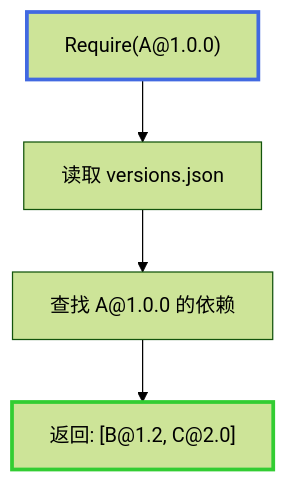
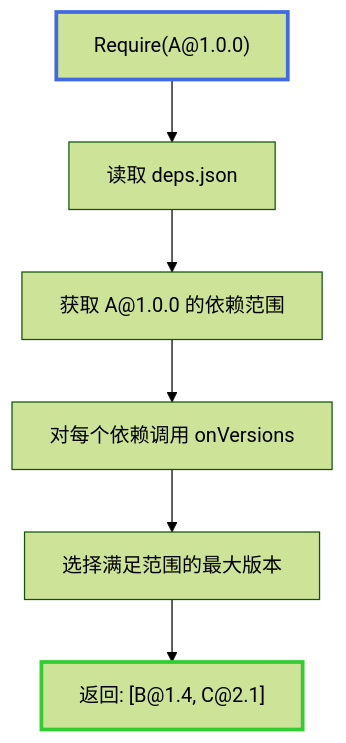
The fourth of 12 diagrams in docs/mvs-algorithm-design.md (goplus/llar), drawn with Mermaid (forest theme) before and after one commit. The commit also changed other lines of this file and 3 other files, not shown here.

````diff
--- a/docs/mvs-algorithm-design.md
+++ b/docs/mvs-algorithm-design.md
@@ -117,9 +137,11 @@
 ```mermaid
 graph TD
-A["Require(A@1.0.0)"] --> B["读取 versions.json"]
-B --> C["查找 A@1.0.0 的依赖"]
-C --> D["返回: [B@1.2, C@2.0]"]
+A["Require(A@1.0.0)"] --> B["读取 deps.json"]
+B --> C["获取 A@1.0.0 的依赖范围"]
+C --> D["对每个依赖调用 onVersions"]
+D --> E["选择满足范围的最大版本"]
+E --> F["返回: [B@1.4, C@2.1]"]
 
 style A stroke:#4169E1,stroke-width:3px
-style D stroke:#32CD32,stroke-width:3px
+style F stroke:#32CD32,stroke-width:3px
 ```
````
